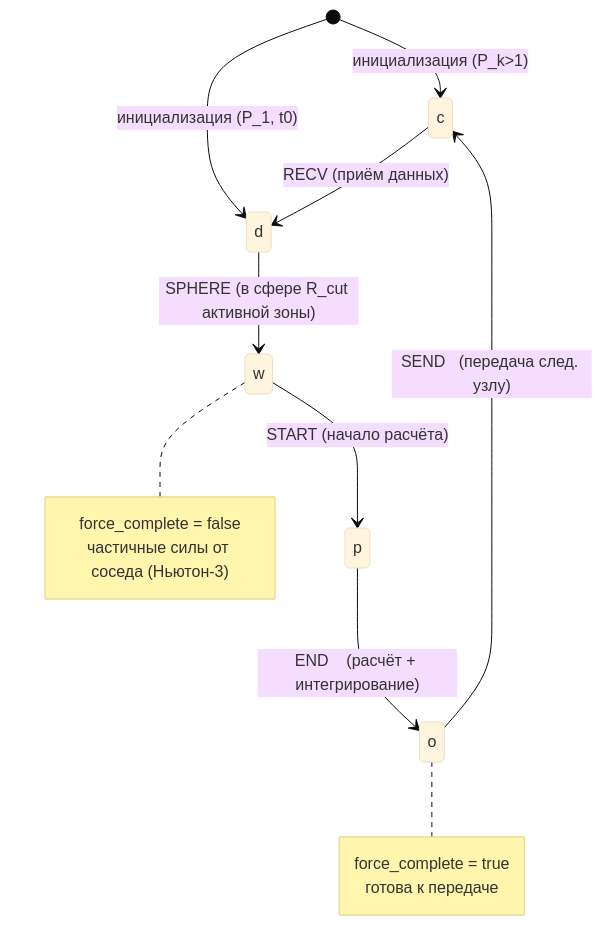
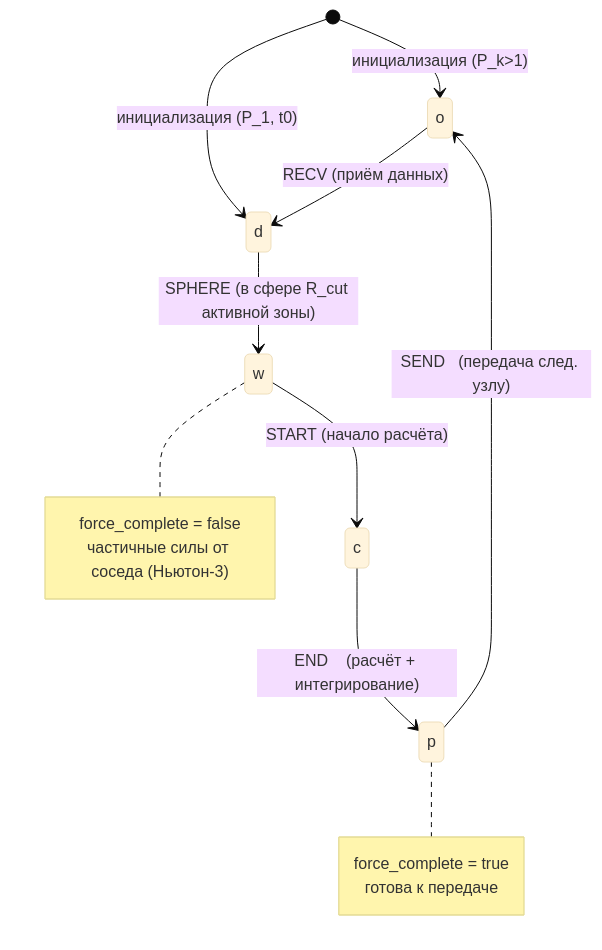
Before and after one commit to slava8519/td-md-core: the diagram in docs/TD_MD_Core_ZoneFSM_v1_0.md, drawn with Mermaid (base theme). The commit also changed other lines of this file and 9 other files, not shown here.

First line of the commit message:
docs(arch): second architecture review B1-B10; roadmap M2.6/M3.5; restart-capable rescue

````diff
--- a/docs/TD_MD_Core_ZoneFSM_v1_0.md
+++ b/docs/TD_MD_Core_ZoneFSM_v1_0.md
@@ -62,18 +70,18 @@
 ```mermaid
 stateDiagram-v2
-    [*] --> c: инициализация (P_k>1)
+    [*] --> o: инициализация (P_k>1)
     [*] --> d: инициализация (P_1, t0)
-    c --> d: RECV  (приём данных)
+    o --> d: RECV  (приём данных)
     d --> w: SPHERE (в сфере R_cut активной зоны)
-    w --> p: START  (начало расчёта)
-    p --> o: END    (расчёт + интегрирование)
-    o --> c: SEND   (передача след. узлу)
+    w --> c: START  (начало расчёта)
+    c --> p: END    (расчёт + интегрирование)
+    p --> o: SEND   (передача след. узлу)
     note right of w
       force_complete = false
       частичные силы от соседа (Ньютон-3)
     end note
-    note right of o
+    note right of p
       force_complete = true
       готова к передаче
     end note
 ```
````
